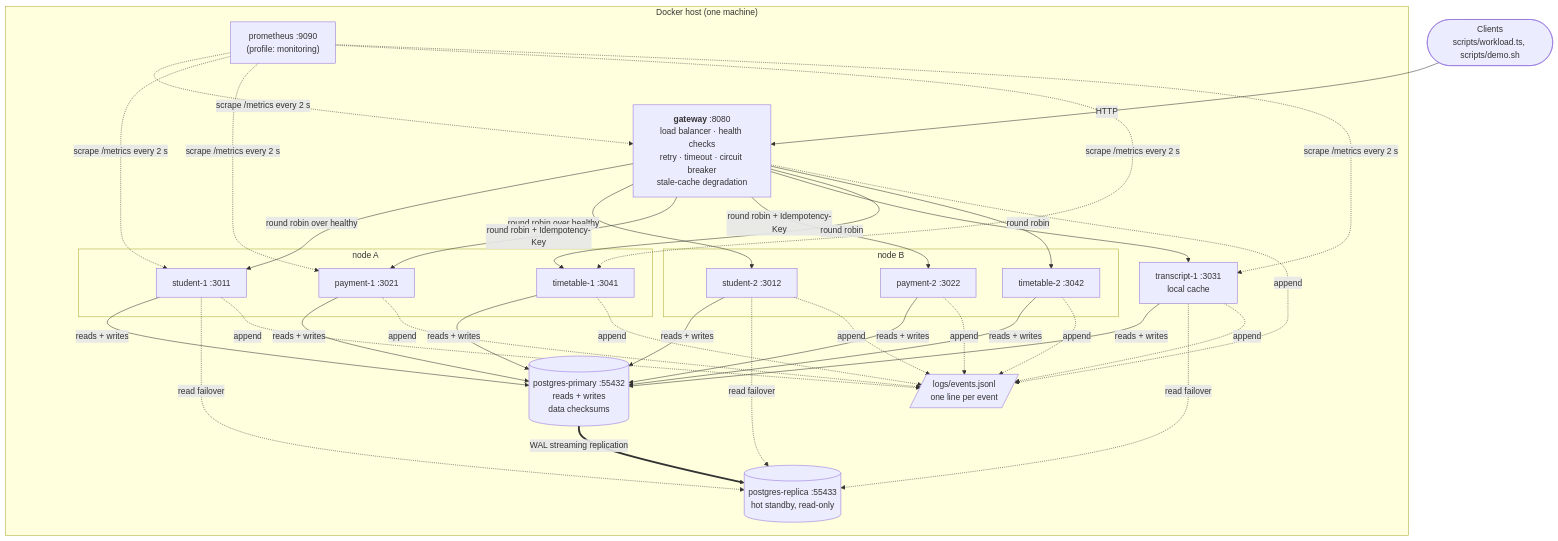
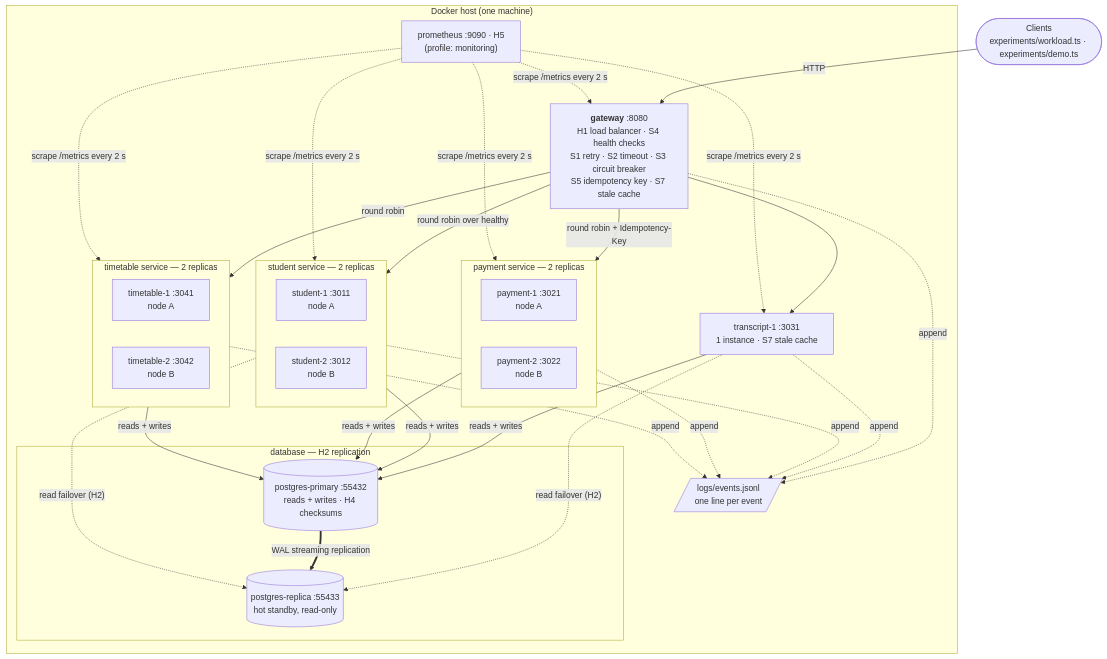
The first of 2 diagrams in reports/ARCHITECTURE.md (a169n/fault_tolerance_midterm), drawn with Mermaid before and after one commit. The commit also changed other lines of this file and 53 other files, not shown here.

````diff
--- a/reports/ARCHITECTURE.md
+++ b/reports/ARCHITECTURE.md
@@ -5,39 +5,43 @@
 ```mermaid
 flowchart TB
-    client([Clients<br/>scripts/workload.ts, scripts/demo.sh])
+    client([Clients<br/>experiments/workload.ts · experiments/demo.ts])
 
     subgraph host["Docker host (one machine)"]
-        gw["<b>gateway</b> :8080<br/>load balancer · health checks<br/>retry · timeout · circuit breaker<br/>stale-cache degradation"]
+        gw["<b>gateway</b> :8080<br/>H1 load balancer · S4 health checks<br/>S1 retry · S2 timeout · S3 circuit breaker<br/>S5 idempotency key · S7 stale cache"]
 
-        subgraph nodeA["node A"]
-            s1[student-1 :3011]
-            p1[payment-1 :3021]
-            t1[timetable-1 :3041]
+        subgraph STU["student service — 2 replicas"]
+            s1["student-1 :3011<br/>node A"]
+            s2["student-2 :3012<br/>node B"]
         end
-        subgraph nodeB["node B"]
-            s2[student-2 :3012]
-            p2[payment-2 :3022]
-            t2[timetable-2 :3042]
+        subgraph PAY["payment service — 2 replicas"]
+            p1["payment-1 :3021<br/>node A"]
+            p2["payment-2 :3022<br/>node B"]
         end
-        tr["transcript-1 :3031<br/>local cache"]
+        subgraph TT["timetable service — 2 replicas"]
+            t1["timetable-1 :3041<br/>node A"]
+            t2["timetable-2 :3042<br/>node B"]
+        end
+        tr["transcript-1 :3031<br/>1 instance · S7 stale cache"]
 
-        pg[("postgres-primary :55432<br/>reads + writes<br/>data checksums")]
-        rp[("postgres-replica :55433<br/>hot standby, read-only")]
+        subgraph DB["database — H2 replication"]
+            pg[("postgres-primary :55432<br/>reads + writes · H4 checksums")]
+            rp[("postgres-replica :55433<br/>hot standby, read-only")]
+        end
 
         log[/"logs/events.jsonl<br/>one line per event"/]
-        prom["prometheus :9090<br/>(profile: monitoring)"]
+        prom["prometheus :9090 · H5<br/>(profile: monitoring)"]
     end
 
     client -->|HTTP| gw
-    gw -->|round robin over healthy| s1 & s2
-    gw -->|"round robin + Idempotency-Key"| p1 & p2
+    gw -->|round robin over healthy| STU
+    gw -->|"round robin + Idempotency-Key"| PAY
+    gw -->|round robin| TT
     gw --> tr
-    gw -->|round robin| t1 & t2
 
-    s1 & s2 & p1 & p2 & t1 & t2 & tr -->|"reads + writes"| pg
-    s1 & s2 & tr -.->|"read failover"| rp
+    STU & PAY & TT & tr -->|"reads + writes"| pg
+    STU & tr -.->|"read failover (H2)"| rp
     pg ==>|"WAL streaming replication"| rp
 
-    gw & s1 & s2 & p1 & p2 & t1 & t2 & tr -.->|append| log
-    prom -.->|"scrape /metrics every 2 s"| gw & s1 & p1 & t1 & tr
+    gw & STU & PAY & TT & tr -.->|append| log
+    prom -.->|"scrape /metrics every 2 s"| gw & STU & PAY & TT & tr
 ```
````
